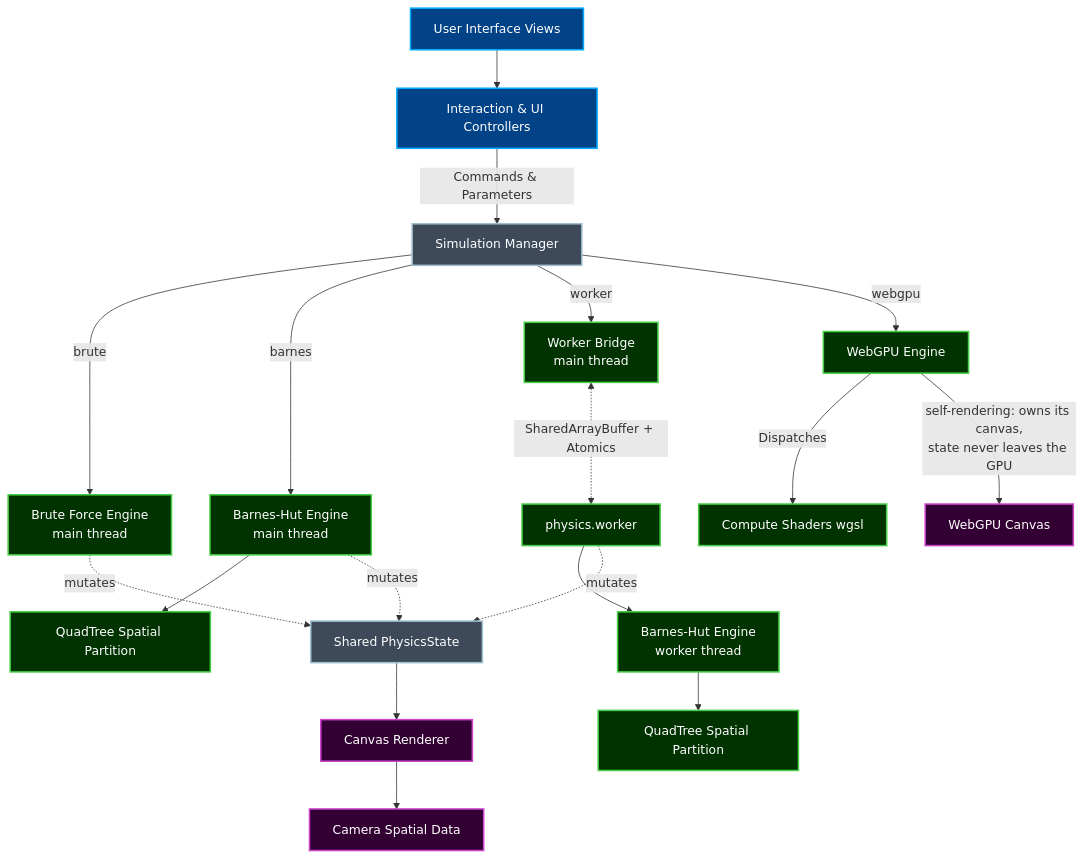
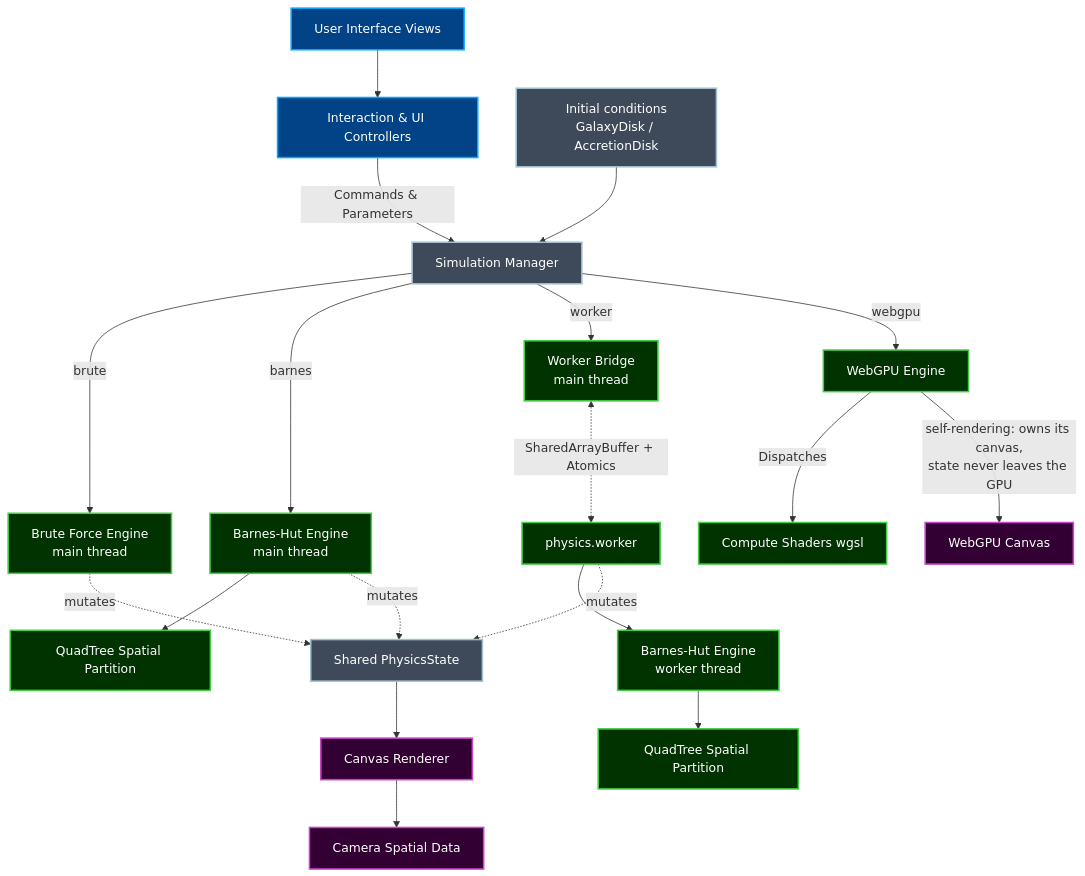
Before and after one commit to sahmed0/galaxy-n-body-simulation: the diagram in README.md, drawn with Mermaid. The commit also changed other lines of this file and 6 other files, not shown here.

````diff
--- a/README.md
+++ b/README.md
@@ -172,29 +207,30 @@
 ```mermaid
 graph TD
     classDef ui fill:#014386,stroke:#00aaff,stroke-width:2px,color:#fff;
     classDef core fill:#3e4a59,stroke:#a0c0d0,stroke-width:2px,color:#fff;
     classDef physics fill:#003300,stroke:#44cc44,stroke-width:2px,color:#fff;
     classDef render fill:#330033,stroke:#cc44cc,stroke-width:2px,color:#fff;
 
     A[User Interface Views]:::ui --> B[Interaction & UI Controllers]:::ui
     B -->|Commands & Parameters| C[Simulation Manager]:::core
+    Q[Initial conditions<br/>GalaxyDisk / AccretionDisk]:::core --> C
 
     C -->|brute| D[Brute Force Engine<br/>main thread]:::physics
     C -->|barnes| E[Barnes-Hut Engine<br/>main thread]:::physics
     C -->|worker| F[Worker Bridge<br/>main thread]:::physics
     C -->|webgpu| G[WebGPU Engine]:::physics
 
     E --> H[QuadTree Spatial Partition]:::physics
     F <-.->|SharedArrayBuffer + Atomics| I[physics.worker]:::physics
     I --> J[Barnes-Hut Engine<br/>worker thread]:::physics
     J --> K[QuadTree Spatial Partition]:::physics
     G -->|Dispatches| L[Compute Shaders wgsl]:::physics
 
     D -.->|mutates| M[Shared PhysicsState]:::core
     E -.->|mutates| M
     I -.->|mutates| M
     M --> N[Canvas Renderer]:::render
     N --> O[Camera Spatial Data]:::render
 
     G -->|self-rendering: owns its canvas,<br/>state never leaves the GPU| P[WebGPU Canvas]:::render
 ```
````
